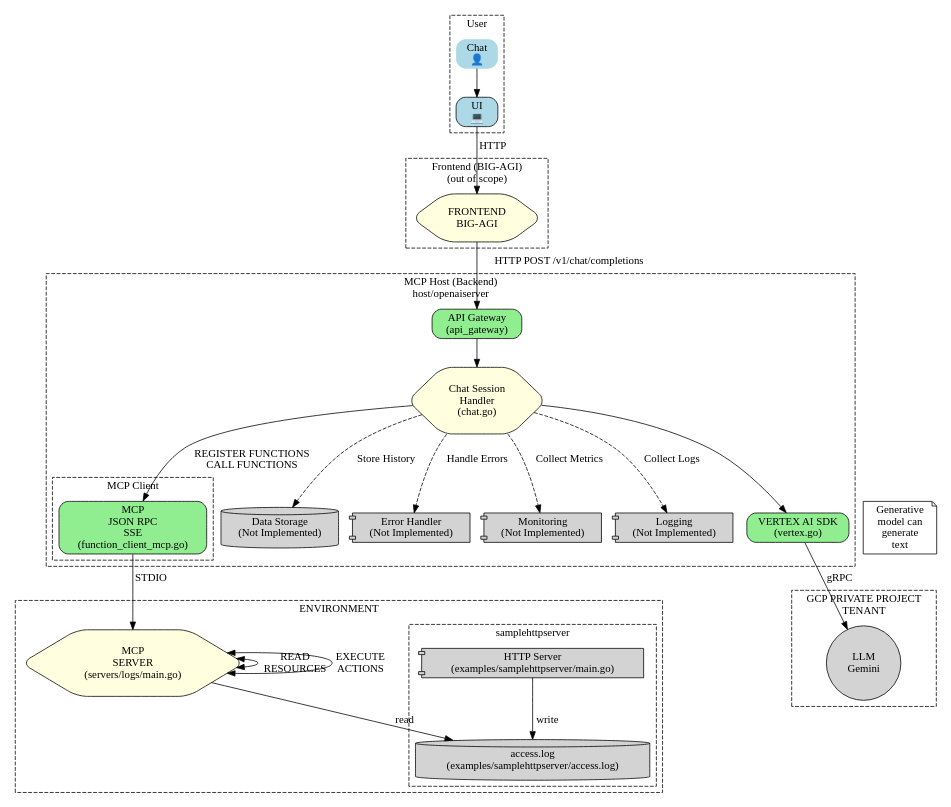
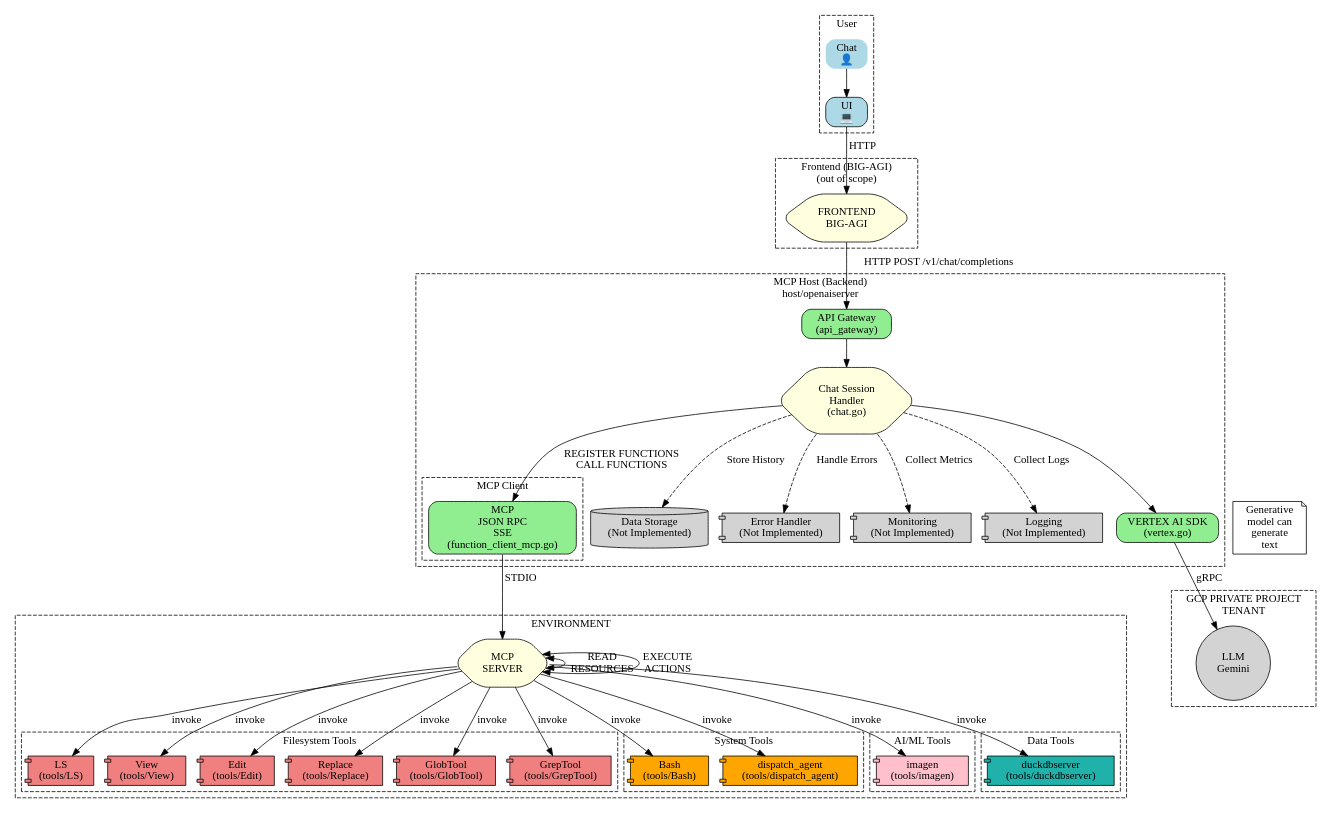
Before and after one commit to owulveryck/gomcptest: the diagram in doc/diagram.gv, drawn with Graphviz. The commit also changed 2 other files, not shown here.

Commit message:
Update architecture diagram to reflect current tool suite
- Update GraphViz diagram to show all current tools categorized by function:
  - Filesystem Tools (LS, View, Edit, Replace, GlobTool, GrepTool)
  - System Tools (Bash, dispatch_agent)
  - AI/ML Tools (imagen)
  - Data Tools (duckdbserver)
- Regenerate SVG from updated GraphViz source
- Update README to reference local diagram instead of GitHub-hosted one
- Remove outdated log analysis components from diagram
- Add proper tool invocation connections in architecture

🤖 Generated with [Claude Code](https://claude.ai/code)

```diff
--- a/doc/diagram.gv
+++ b/doc/diagram.gv
@@ -1,79 +1,111 @@
 digraph chat_architecture {
     rankdir=TB;
     node [shape=box, style="rounded,filled", fillcolor=lightblue];
 
     subgraph cluster_user {
         label = "User";
         style = "dashed";
         user [label="Chat\n👤", shape=plaintext];
         ui [label="UI\n💻", tooltip="Web/Mobile App"];
     }
 
    subgraph application {
        label = "Application";
        style = "dashed";
    }
     subgraph cluster_frontend {
         label = "Frontend (BIG-AGI)\n(out of scope)";
         style = "dashed";
         frontend [label="FRONTEND\nBIG-AGI", shape=hexagon, fillcolor=lightyellow, tooltip="Handles user input and displays responses"];
     }
 
     subgraph cluster_backend {
         label = "MCP Host (Backend)\nhost/openaiserver";
         style = "dashed";
         api_gateway [label="API Gateway\n(api_gateway)", shape=box, fillcolor=lightgreen, tooltip="Receives requests from frontend"];
         chat_handler [label="Chat Session\nHandler\n(chat.go)", shape=hexagon, fillcolor=lightyellow, tooltip="Manages chat sessions, history, and orchestrates interactions"];
         vertex_sdk [label="VERTEX AI SDK\n(vertex.go)", shape=box, fillcolor=lightgreen, tooltip="Connects to and interacts with the LLM"];
         db [label="Data Storage\n(Not Implemented)", shape=cylinder, fillcolor=lightgrey, tooltip="Stores chat history and other data"];
         error_handler [label="Error Handler\n(Not Implemented)", shape=component, fillcolor=lightgrey, tooltip="Handles errors and exceptions"];
         monitoring [label="Monitoring\n(Not Implemented)", shape=component, fillcolor=lightgrey, tooltip="Collects metrics and logs"];
         logging [label="Logging\n(Not Implemented)", shape=component, fillcolor=lightgrey, tooltip="Logs application events"];
     
    subgraph cluster_mcp {
         label = "MCP Client";
         style = "dashed";
         mcp_protocol [label="MCP\nJSON RPC\nSSE\n(function_client_mcp.go)", shape=box, fillcolor=lightgreen, tooltip="Communicates with the external environment"];
     }
    }
     subgraph cluster_gcp {
         label = "GCP PRIVATE PROJECT\nTENANT";
         style = "dashed";
         llm [label="LLM\nGemini", shape=circle, fillcolor=lightgrey, tooltip="Large Language Model"];
     }
     
     subgraph cluster_environment {
         label = "ENVIRONMENT";
         style = "dashed";
-        mcp_server [label="MCP\nSERVER\n(servers/logs/main.go)", shape=hexagon, fillcolor=lightyellow, tooltip="Executes actions and reads resources"];
-         subgraph cluster_samplehttpserver {
-            label = "samplehttpserver";
+        mcp_server [label="MCP\nSERVER", shape=hexagon, fillcolor=lightyellow, tooltip="Executes actions and reads resources"];
+        
+        subgraph cluster_filesystem_tools {
+            label = "Filesystem Tools";
             style = "dashed";
-            samplehttpserver [label="HTTP Server\n(examples/samplehttpserver/main.go)", shape=component, fillcolor=lightgrey, tooltip="Generates sample HTTP logs"];
-            access_log [label="access.log\n(examples/samplehttpserver/access.log)", shape=cylinder, fillcolor=lightgrey, tooltip="Example log file"];
+            ls_tool [label="LS\n(tools/LS)", shape=component, fillcolor=lightcoral, tooltip="List directories"];
+            view_tool [label="View\n(tools/View)", shape=component, fillcolor=lightcoral, tooltip="Read files"];
+            edit_tool [label="Edit\n(tools/Edit)", shape=component, fillcolor=lightcoral, tooltip="Edit files"];
+            replace_tool [label="Replace\n(tools/Replace)", shape=component, fillcolor=lightcoral, tooltip="Replace file contents"];
+            glob_tool [label="GlobTool\n(tools/GlobTool)", shape=component, fillcolor=lightcoral, tooltip="Find files by pattern"];
+            grep_tool [label="GrepTool\n(tools/GrepTool)", shape=component, fillcolor=lightcoral, tooltip="Search file contents"];
+        }
+        
+        subgraph cluster_system_tools {
+            label = "System Tools";
+            style = "dashed";
+            bash_tool [label="Bash\n(tools/Bash)", shape=component, fillcolor=orange, tooltip="Execute shell commands"];
+            dispatch_agent [label="dispatch_agent\n(tools/dispatch_agent)", shape=component, fillcolor=orange, tooltip="Create sub-agents"];
+        }
+        
+        subgraph cluster_ai_tools {
+            label = "AI/ML Tools";
+            style = "dashed";
+            imagen_tool [label="imagen\n(tools/imagen)", shape=component, fillcolor=pink, tooltip="Generate images with Google Imagen"];
+        }
+        
+        subgraph cluster_data_tools {
+            label = "Data Tools";
+            style = "dashed";
+            duckdb_tool [label="duckdbserver\n(tools/duckdbserver)", shape=component, fillcolor=lightseagreen, tooltip="SQL data processing"];
         }
     }
 
  
 
     user -> ui [label=""];
     ui -> frontend [label="HTTP"];
     frontend -> api_gateway [label="HTTP POST /v1/chat/completions"];
     api_gateway -> chat_handler [label=""];
     chat_handler -> vertex_sdk [label=""];
     vertex_sdk -> llm [label="gRPC"];
     chat_handler -> mcp_protocol [label="REGISTER FUNCTIONS\nCALL FUNCTIONS", tooltip="Registers and calls specific functions"];
     mcp_protocol -> mcp_server [label="STDIO"];
     mcp_server -> mcp_server [label="READ\nRESOURCES", dir=both, tooltip="Reads resources from the environment"];
     mcp_server -> mcp_server [label="EXECUTE\nACTIONS", dir=both, tooltip="Executes actions in the environment"];
     chat_handler -> db [label="Store History", style=dashed];
     chat_handler -> error_handler [label="Handle Errors", style=dashed];
     chat_handler -> monitoring [label="Collect Metrics", style=dashed];
     chat_handler -> logging [label="Collect Logs", style=dashed];
     
-    mcp_server -> access_log [label="read"];
-    samplehttpserver -> access_log [label="write"];
+    mcp_server -> ls_tool [label="invoke"];
+    mcp_server -> view_tool [label="invoke"];
+    mcp_server -> edit_tool [label="invoke"];
+    mcp_server -> replace_tool [label="invoke"];
+    mcp_server -> glob_tool [label="invoke"];
+    mcp_server -> grep_tool [label="invoke"];
+    mcp_server -> bash_tool [label="invoke"];
+    mcp_server -> dispatch_agent [label="invoke"];
+    mcp_server -> imagen_tool [label="invoke"];
+    mcp_server -> duckdb_tool [label="invoke"];
     
     note [label="Generative\nmodel can\ngenerate\ntext", shape=note, style="filled", fillcolor=white];
     note -> llm [style=invis];
 }
```
